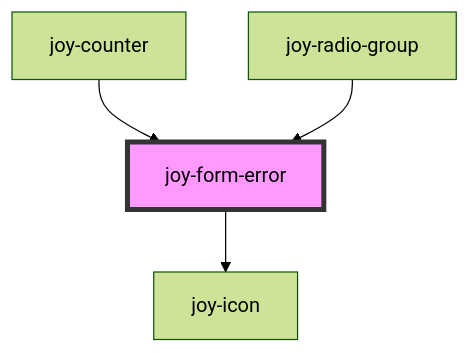
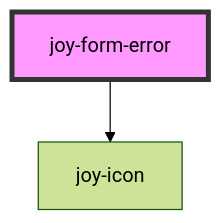
One commit to Maltcommunity/joy changed the diagram in src/core/src/components/form-error/readme.md. Above: the diagram before and after it, drawn with Mermaid (forest theme). The commit also changed other lines of this file and 18 other files, not shown here.

````diff
--- a/src/core/src/components/form-error/readme.md
+++ b/src/core/src/components/form-error/readme.md
@@ -37,7 +39,5 @@
 ```mermaid
 graph TD;
   joy-form-error --> joy-icon
-  joy-counter --> joy-form-error
-  joy-radio-group --> joy-form-error
   style joy-form-error fill:#f9f,stroke:#333,stroke-width:4px
 ```
````
